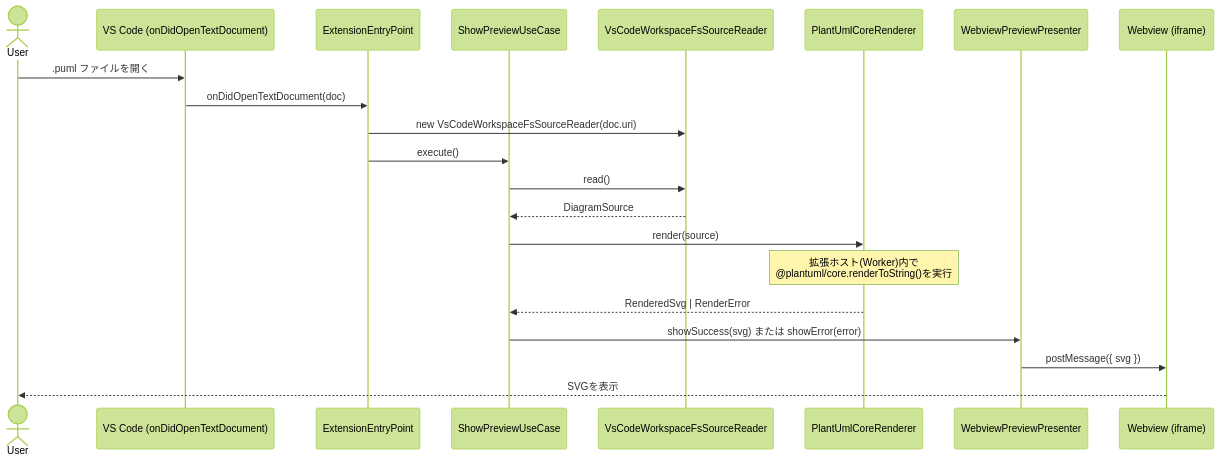
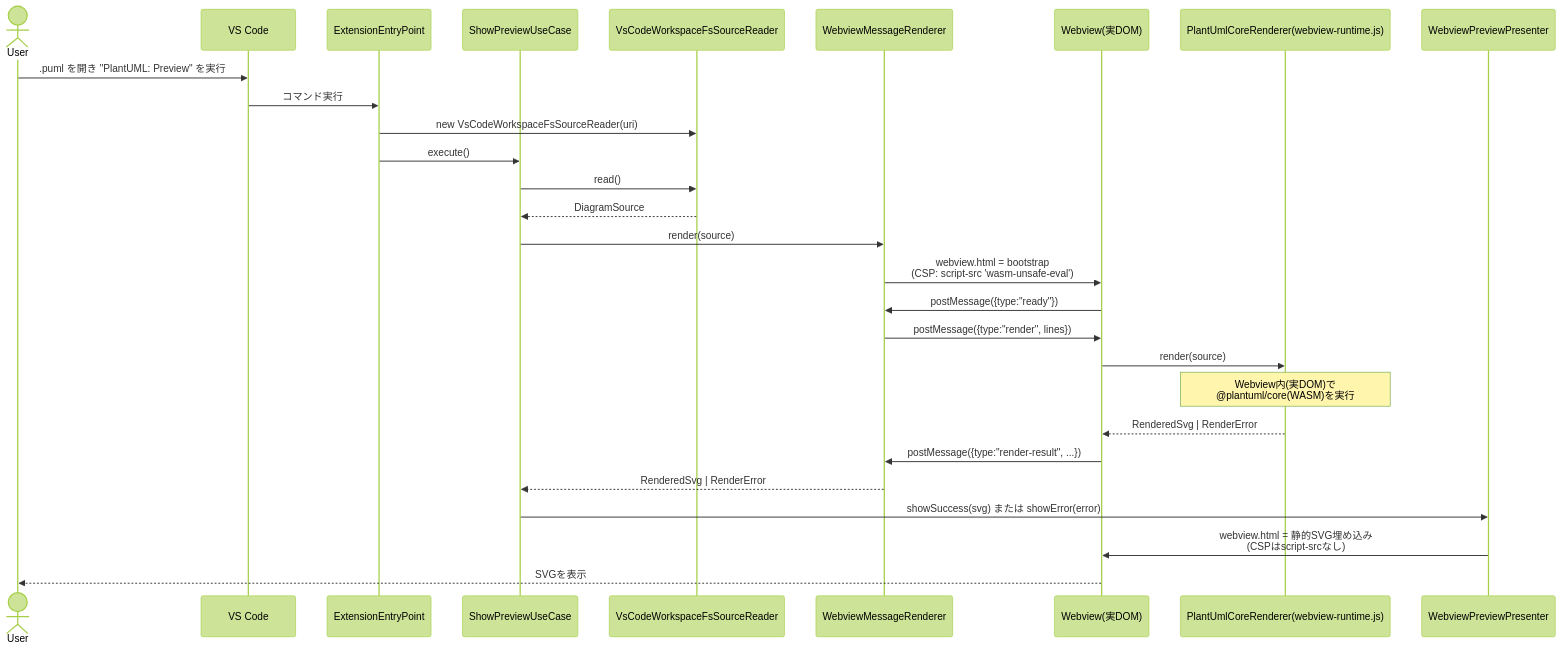
Before and after one commit to t29mato/plantuml-anywhere: the second of 2 diagrams in docs/design/step2-vscode-extension-design.md, drawn with Mermaid (forest theme). The commit also changed other lines of this file and 31 other files, not shown here.

First line of the commit message:
最小のVS Code拡張機能(Web版)を実装し、Webview CSP/WASM検証を完了 (#2)

````diff
--- a/docs/design/step2-vscode-extension-design.md
+++ b/docs/design/step2-vscode-extension-design.md
@@ -129,24 +174,31 @@
 ```mermaid
 sequenceDiagram
     actor User
-    participant VSCode as VS Code (onDidOpenTextDocument)
+    participant VSCode as VS Code
     participant Ext as ExtensionEntryPoint
     participant UC as ShowPreviewUseCase
     participant Reader as VsCodeWorkspaceFsSourceReader
-    participant Renderer as PlantUmlCoreRenderer
+    participant MsgRenderer as WebviewMessageRenderer
+    participant WV as Webview(実DOM)
+    participant Core as PlantUmlCoreRenderer(webview-runtime.js)
     participant Presenter as WebviewPreviewPresenter
-    participant WV as Webview (iframe)
 
-    User->>VSCode: .puml ファイルを開く
-    VSCode->>Ext: onDidOpenTextDocument(doc)
-    Ext->>Reader: new VsCodeWorkspaceFsSourceReader(doc.uri)
+    User->>VSCode: .puml を開き "PlantUML: Preview" を実行
+    VSCode->>Ext: コマンド実行
+    Ext->>Reader: new VsCodeWorkspaceFsSourceReader(uri)
     Ext->>UC: execute()
     UC->>Reader: read()
     Reader-->>UC: DiagramSource
-    UC->>Renderer: render(source)
-    Note over Renderer: 拡張ホスト(Worker)内で<br/>@plantuml/core.renderToString()を実行
-    Renderer-->>UC: RenderedSvg | RenderError
+    UC->>MsgRenderer: render(source)
+    MsgRenderer->>WV: webview.html = bootstrap<br/>(CSP: script-src 'wasm-unsafe-eval')
+    WV->>MsgRenderer: postMessage({type:"ready"})
+    MsgRenderer->>WV: postMessage({type:"render", lines})
+    WV->>Core: render(source)
+    Note over Core: Webview内(実DOM)で<br/>@plantuml/core(WASM)を実行
+    Core-->>WV: RenderedSvg | RenderError
+    WV->>MsgRenderer: postMessage({type:"render-result", ...})
+    MsgRenderer-->>UC: RenderedSvg | RenderError
     UC->>Presenter: showSuccess(svg) または showError(error)
-    Presenter->>WV: postMessage({ svg })
+    Presenter->>WV: webview.html = 静的SVG埋め込み<br/>(CSPはscript-srcなし)
     WV-->>User: SVGを表示
 ```
````
